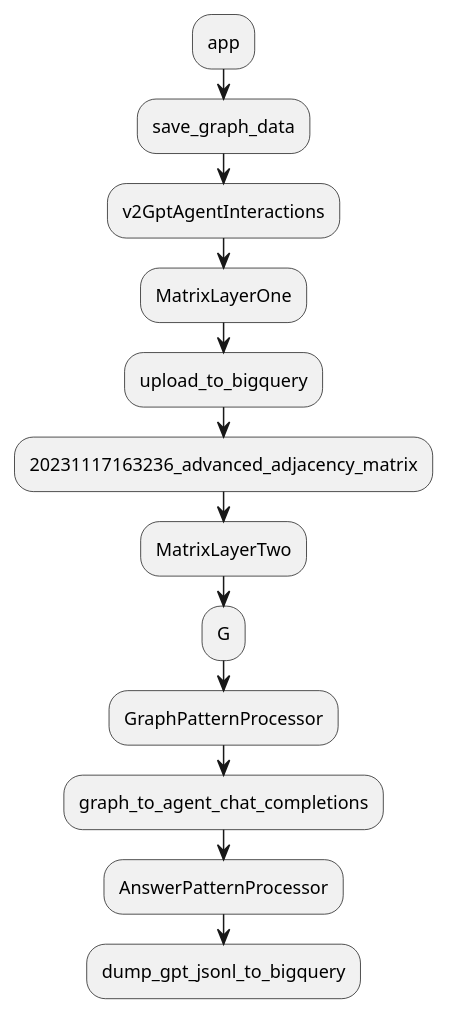
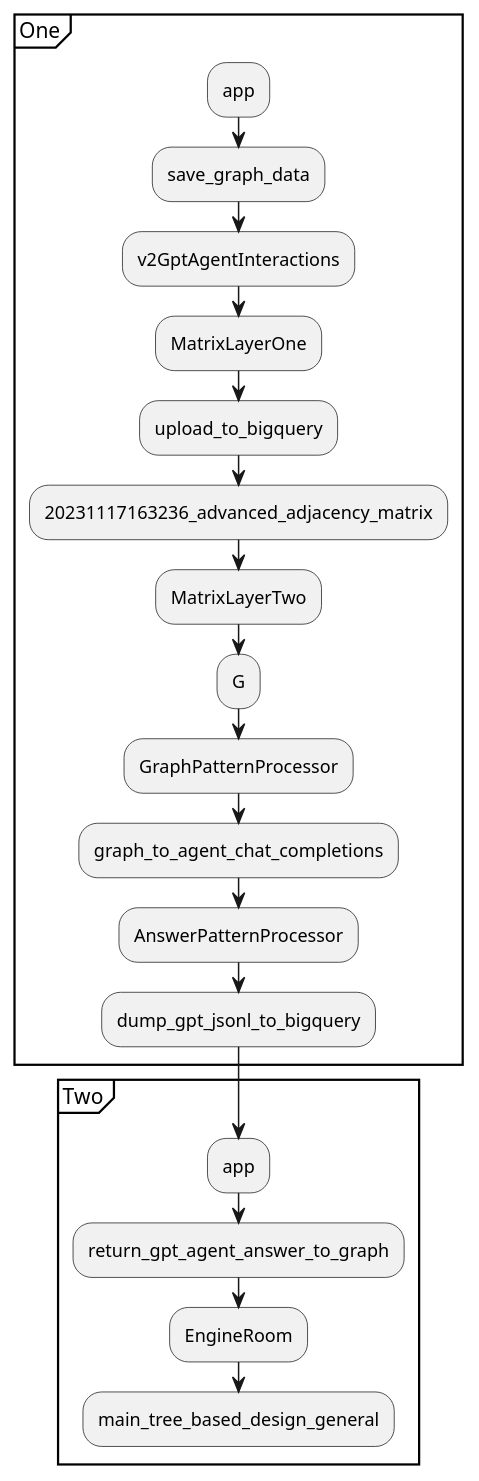
Before and after one commit to kilian-lm/graph_to_agent: the diagram in READ_ME/status_quo_way_20231122.puml, drawn with PlantUML. The commit also changed 4 other files, not shown here.

```diff
--- a/READ_ME/status_quo_way_20231122.puml
+++ b/READ_ME/status_quo_way_20231122.puml
@@ -1,14 +1,23 @@
 @startuml
+partition One {
 :app;
 :save_graph_data;
 :v2GptAgentInteractions;
 :MatrixLayerOne;
 :upload_to_bigquery;
 :20231117163236_advanced_adjacency_matrix;
 :MatrixLayerTwo;
 :G;
 :GraphPatternProcessor;
 :graph_to_agent_chat_completions;
 :AnswerPatternProcessor;
 :dump_gpt_jsonl_to_bigquery;
+}
+partition Two {
+:app;
+:return_gpt_agent_answer_to_graph;
+:EngineRoom;
+:main_tree_based_design_general;
+
+}
 @enduml
```
